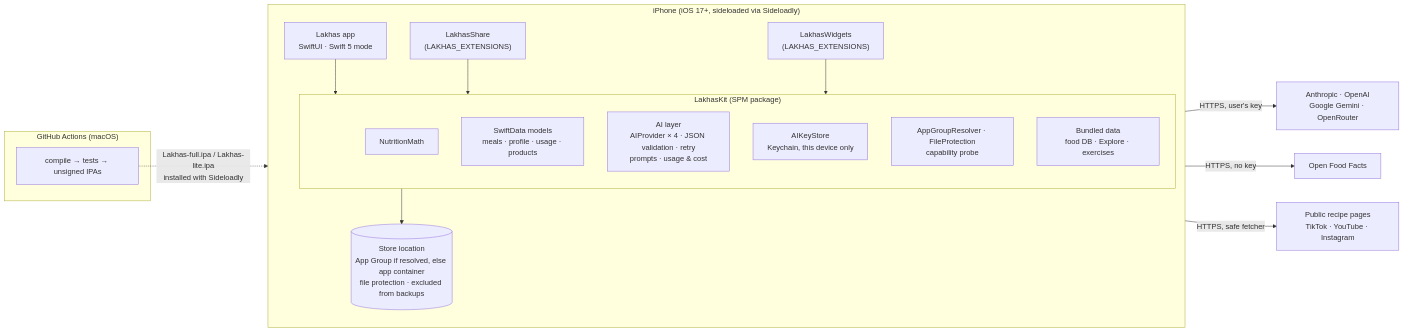
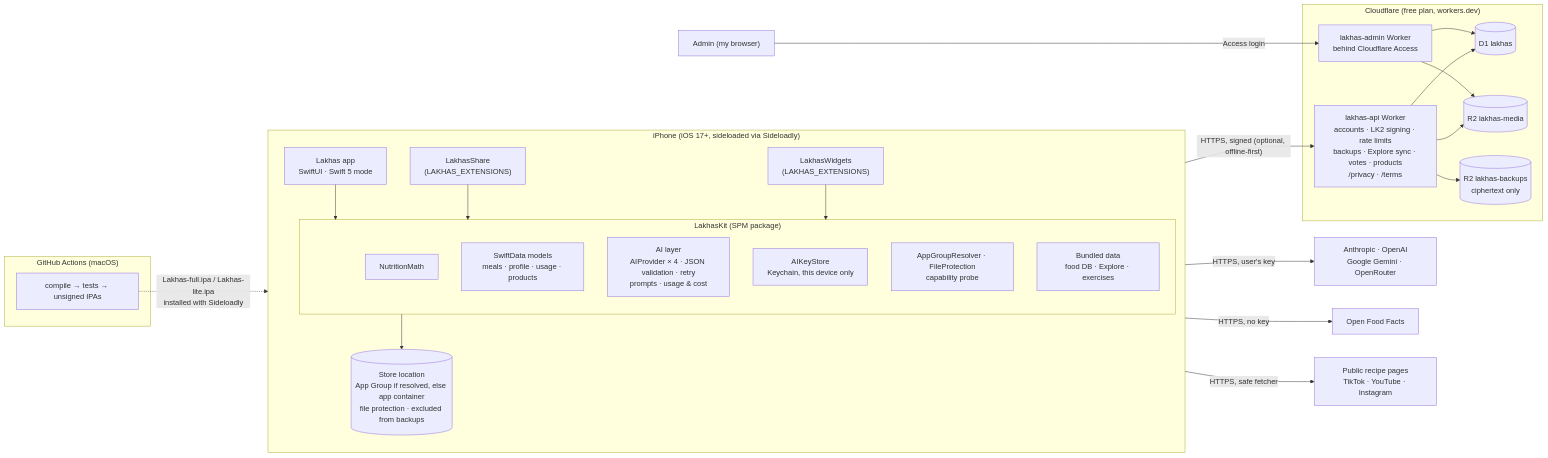
One commit to KhaledZaki1919/lakhas changed the diagram in docs/architecture.md. Above: the diagram before and after it, drawn with Mermaid. The commit also changed other lines of this file and 3 other files, not shown here.

````diff
--- a/docs/architecture.md
+++ b/docs/architecture.md
@@ -11,31 +11,46 @@
 ```mermaid
 flowchart LR
   subgraph Device["iPhone (iOS 17+, sideloaded via Sideloadly)"]
     direction TB
     App["Lakhas app<br/>SwiftUI · Swift 5 mode"]
     Share["LakhasShare<br/>(LAKHAS_EXTENSIONS)"]
     Widgets["LakhasWidgets<br/>(LAKHAS_EXTENSIONS)"]
     subgraph Kit["LakhasKit (SPM package)"]
       NM["NutritionMath"]
       Models["SwiftData models<br/>meals · profile · usage · products"]
       AI["AI layer<br/>AIProvider × 4 · JSON validation · retry<br/>prompts · usage & cost"]
       Keys["AIKeyStore<br/>Keychain, this device only"]
       Env["AppGroupResolver · FileProtection<br/>capability probe"]
       Data["Bundled data<br/>food DB · Explore · exercises"]
     end
     Store[("Store location<br/>App Group if resolved, else app container<br/>file protection · excluded from backups")]
     App --> Kit
     Share --> Kit
     Widgets --> Kit
     Kit --> Store
   end
 
   subgraph CI["GitHub Actions (macOS)"]
     Build["compile → tests → unsigned IPAs"]
   end
   Build -. "Lakhas-full.ipa / Lakhas-lite.ipa<br/>installed with Sideloadly" .-> Device
 
   AI -- "HTTPS, user's key" --> Providers["Anthropic · OpenAI<br/>Google Gemini · OpenRouter"]
   App -- "HTTPS, no key" --> OFF["Open Food Facts"]
   App -- "HTTPS, safe fetcher" --> Pages["Public recipe pages<br/>TikTok · YouTube · Instagram"]
+
+  subgraph CF["Cloudflare (free plan, workers.dev)"]
+    API["lakhas-api Worker<br/>accounts · LK2 signing · rate limits<br/>backups · Explore sync · votes · products<br/>/privacy · /terms"]
+    Admin["lakhas-admin Worker<br/>behind Cloudflare Access"]
+    D1[("D1 lakhas")]
+    R2M[("R2 lakhas-media")]
+    R2B[("R2 lakhas-backups<br/>ciphertext only")]
+    API --> D1
+    API --> R2M
+    API --> R2B
+    Admin --> D1
+    Admin --> R2M
+  end
+  App -- "HTTPS, signed (optional, offline-first)" --> API
+  Me["Admin (my browser)"] -- "Access login" --> Admin
 ```
````
